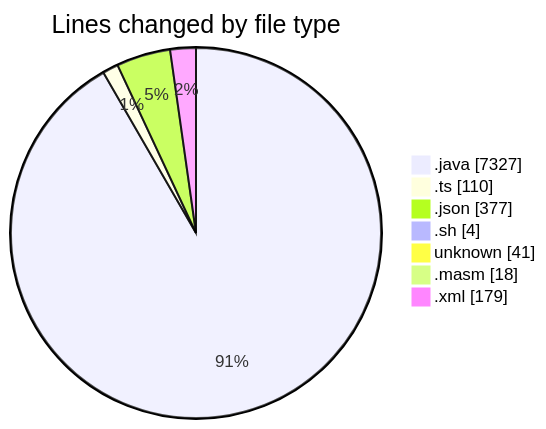
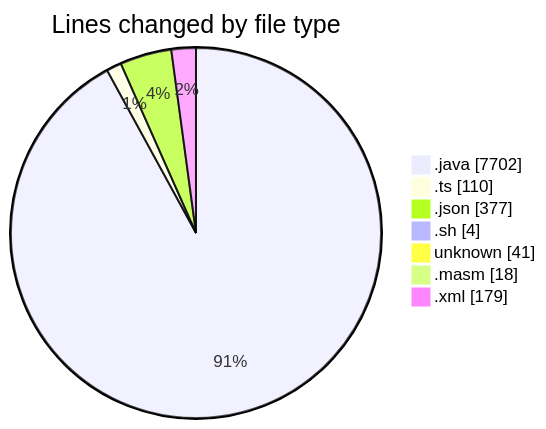
Before and after one commit to charlie-sans/code-tracking: the first of 2 diagrams in 2025-02-20/micros/README.md, drawn with Mermaid. The commit also changed other lines of this file and 1 other file, not shown here.

````diff
--- a/2025-02-20/micros/README.md
+++ b/2025-02-20/micros/README.md
@@ -48,11 +48,11 @@
 ```mermaid
 pie showData
 title Lines changed by file type
-".java" : 7327
+".java" : 7702
 ".ts" : 110
 ".json" : 377
 ".sh" : 4
 "unknown" : 41
 ".masm" : 18
 ".xml" : 179
 ```
````
